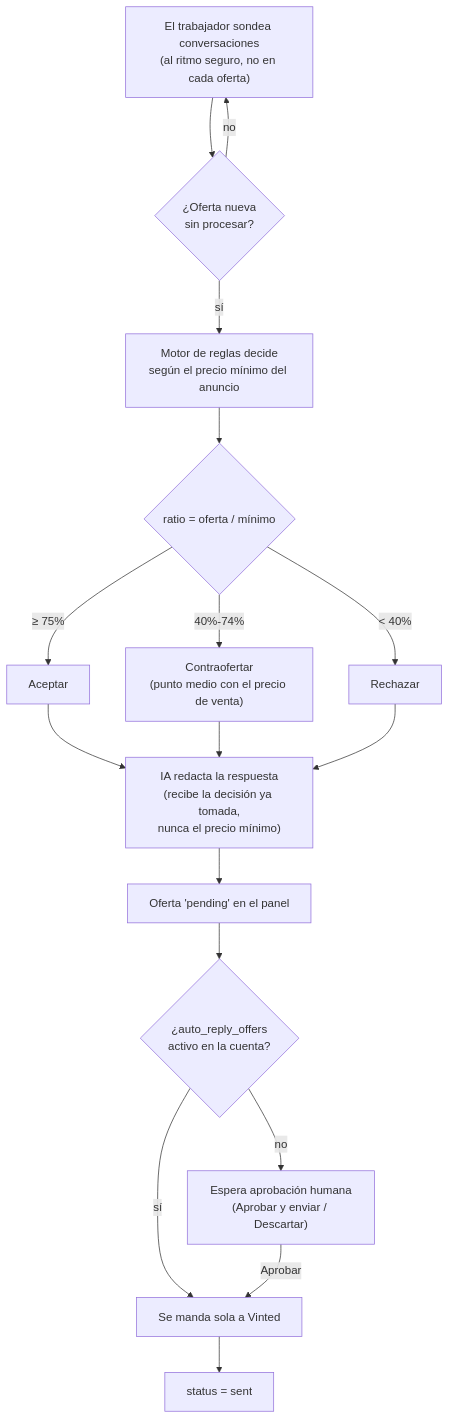
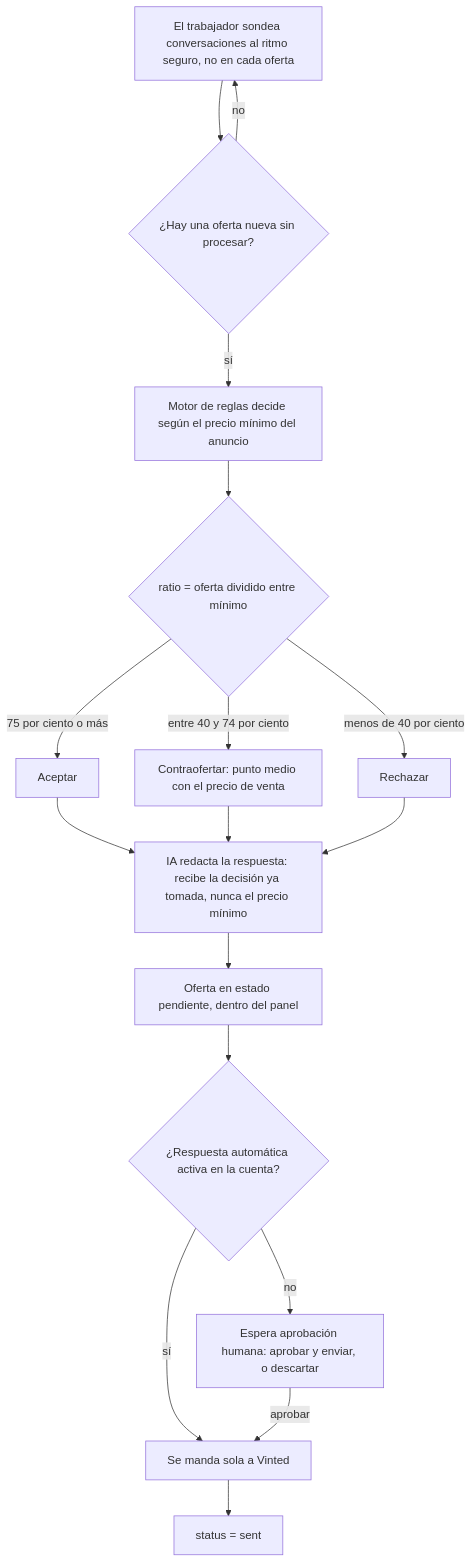
Before and after one commit to MartXXeL/VintedBot: the third of 3 diagrams in README.md, drawn with Mermaid. The commit also changed other lines of this file, not shown here.

Commit message:
Corregir los diagramas del README: el HTML se comia el texto y lo pegaba

````diff
--- a/README.md
+++ b/README.md
@@ -148,19 +148,19 @@
 ```mermaid
 flowchart TD
-    A["El trabajador sondea conversaciones<br/>(al ritmo seguro, no en cada oferta)"] --> B{"¿Oferta nueva<br/>sin procesar?"}
+    A["El trabajador sondea conversaciones al ritmo seguro, no en cada oferta"] --> B{"¿Hay una oferta nueva sin procesar?"}
     B -- "no" --> A
-    B -- "sí" --> C["Motor de reglas decide<br/>según el precio mínimo del anuncio"]
-    C --> D{"ratio = oferta / mínimo"}
-    D -- "≥ 75%" --> E["Aceptar"]
-    D -- "40%-74%" --> F["Contraofertar<br/>(punto medio con el precio de venta)"]
-    D -- "< 40%" --> G["Rechazar"]
-    E --> H["IA redacta la respuesta<br/>(recibe la decisión ya tomada,<br/>nunca el precio mínimo)"]
+    B -- "sí" --> C["Motor de reglas decide según el precio mínimo del anuncio"]
+    C --> D{"ratio = oferta dividido entre mínimo"}
+    D -- "75 por ciento o más" --> E["Aceptar"]
+    D -- "entre 40 y 74 por ciento" --> F["Contraofertar: punto medio con el precio de venta"]
+    D -- "menos de 40 por ciento" --> G["Rechazar"]
+    E --> H["IA redacta la respuesta: recibe la decisión ya tomada, nunca el precio mínimo"]
     F --> H
     G --> H
-    H --> I["Oferta 'pending' en el panel"]
-    I --> J{"¿auto_reply_offers<br/>activo en la cuenta?"}
-    J -- "no" --> K["Espera aprobación humana<br/>(Aprobar y enviar / Descartar)"]
+    H --> I["Oferta en estado pendiente, dentro del panel"]
+    I --> J{"¿Respuesta automática activa en la cuenta?"}
+    J -- "no" --> K["Espera aprobación humana: aprobar y enviar, o descartar"]
     J -- "sí" --> L["Se manda sola a Vinted"]
-    K -- "Aprobar" --> L
+    K -- "aprobar" --> L
     L --> M["status = sent"]
 ```
````
